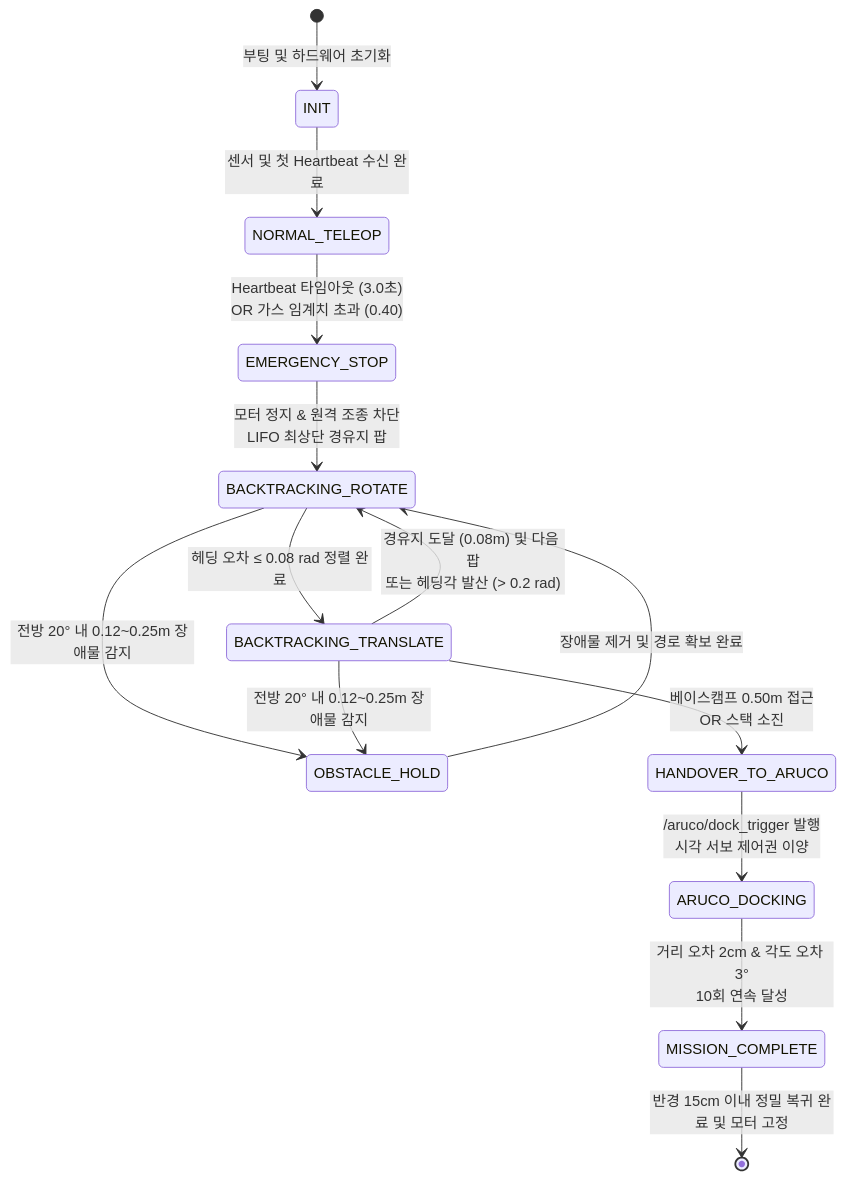
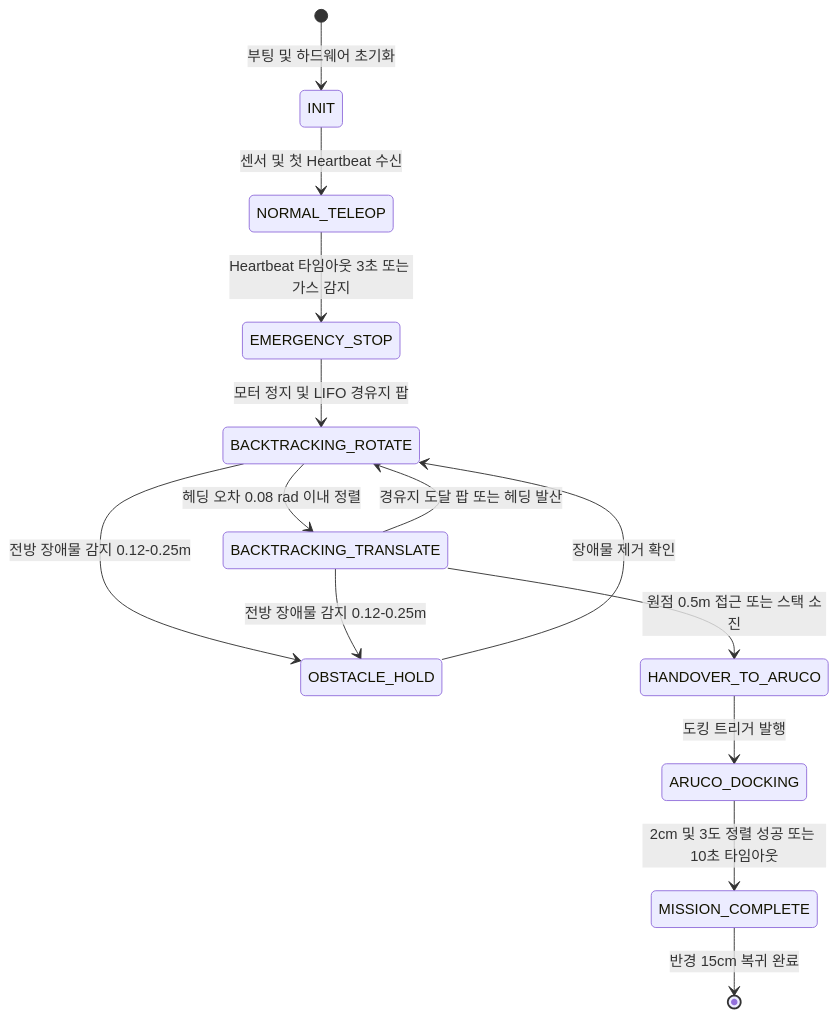
Before and after one commit to rjw136-lab/disaster_recovery_ws: the second of 2 diagrams in docs/DISASTER_RECOVERY_GUIDEBOOK.md, drawn with Mermaid. The commit also changed other lines of this file, not shown here.

Commit message:
fix(docs): Fix math block indentation and Mermaid syntax errors for mobile compatibility

````diff
--- a/docs/DISASTER_RECOVERY_GUIDEBOOK.md
+++ b/docs/DISASTER_RECOVERY_GUIDEBOOK.md
@@ -112,28 +115,16 @@
 ```mermaid
 stateDiagram-v2
-    direction TB
     [*] --> INIT: 부팅 및 하드웨어 초기화
-
-    INIT --> NORMAL_TELEOP: 센서 및 첫 Heartbeat 수신 완료
-
-    NORMAL_TELEOP --> EMERGENCY_STOP: Heartbeat 타임아웃 (3.0초)<br/>OR 가스 임계치 초과 (0.40)
-
-    EMERGENCY_STOP --> BACKTRACKING_ROTATE: 모터 정지 & 원격 조종 차단<br/>LIFO 최상단 경유지 팝
-
-    BACKTRACKING_ROTATE --> BACKTRACKING_TRANSLATE: 헤딩 오차 ≤ 0.08 rad 정렬 완료
-
-    BACKTRACKING_TRANSLATE --> BACKTRACKING_ROTATE: 경유지 도달 (0.08m) 및 다음 팝<br/>또는 헤딩각 발산 (> 0.2 rad)
-
-    BACKTRACKING_ROTATE --> OBSTACLE_HOLD: 전방 20° 내 0.12~0.25m 장애물 감지
-    BACKTRACKING_TRANSLATE --> OBSTACLE_HOLD: 전방 20° 내 0.12~0.25m 장애물 감지
-
-    OBSTACLE_HOLD --> BACKTRACKING_ROTATE: 장애물 제거 및 경로 확보 완료
-
-    BACKTRACKING_TRANSLATE --> HANDOVER_TO_ARUCO: 베이스캠프 0.50m 접근<br/>OR 스택 소진
-
-    HANDOVER_TO_ARUCO --> ARUCO_DOCKING: /aruco/dock_trigger 발행<br/>시각 서보 제어권 이양
-
-    ARUCO_DOCKING --> MISSION_COMPLETE: 거리 오차 2cm & 각도 오차 3°<br/>10회 연속 달성
-
-    MISSION_COMPLETE --> [*]: 반경 15cm 이내 정밀 복귀 완료 및 모터 고정
+    INIT --> NORMAL_TELEOP: 센서 및 첫 Heartbeat 수신
+    NORMAL_TELEOP --> EMERGENCY_STOP: Heartbeat 타임아웃 3초 또는 가스 감지
+    EMERGENCY_STOP --> BACKTRACKING_ROTATE: 모터 정지 및 LIFO 경유지 팝
+    BACKTRACKING_ROTATE --> BACKTRACKING_TRANSLATE: 헤딩 오차 0.08 rad 이내 정렬
+    BACKTRACKING_TRANSLATE --> BACKTRACKING_ROTATE: 경유지 도달 팝 또는 헤딩 발산
+    BACKTRACKING_ROTATE --> OBSTACLE_HOLD: 전방 장애물 감지 0.12-0.25m
+    BACKTRACKING_TRANSLATE --> OBSTACLE_HOLD: 전방 장애물 감지 0.12-0.25m
+    OBSTACLE_HOLD --> BACKTRACKING_ROTATE: 장애물 제거 확인
+    BACKTRACKING_TRANSLATE --> HANDOVER_TO_ARUCO: 원점 0.5m 접근 또는 스택 소진
+    HANDOVER_TO_ARUCO --> ARUCO_DOCKING: 도킹 트리거 발행
+    ARUCO_DOCKING --> MISSION_COMPLETE: 2cm 및 3도 정렬 성공 또는 10초 타임아웃
+    MISSION_COMPLETE --> [*]: 반경 15cm 복귀 완료
 ```
````
